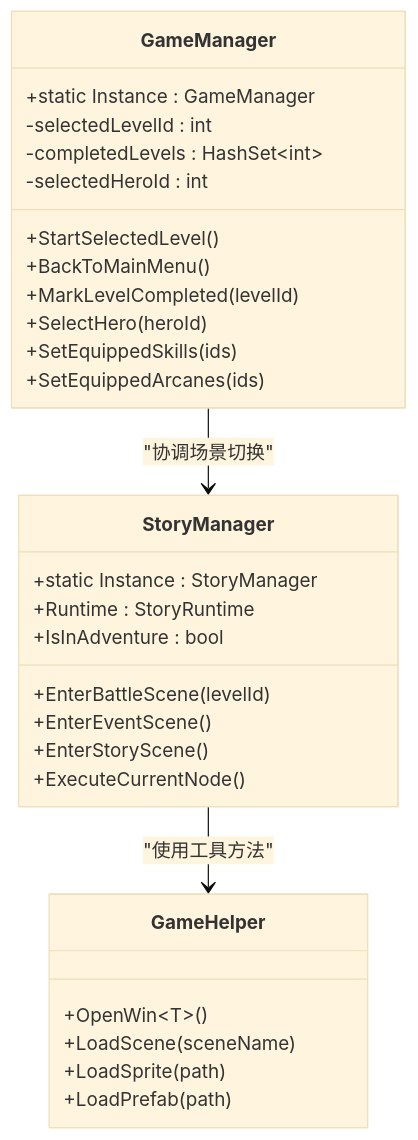
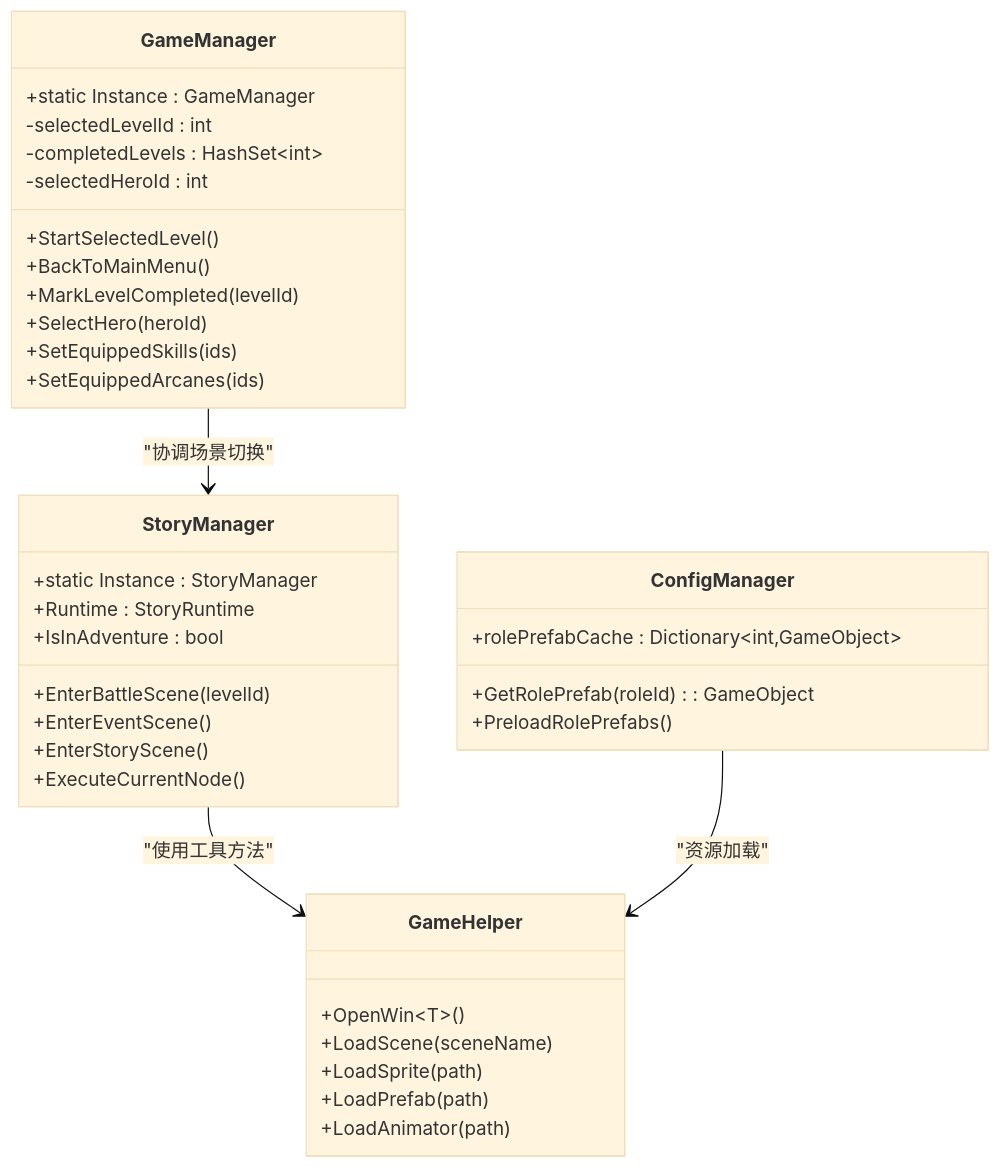
Before and after one commit to Tuusen/p1_client: the second of 10 diagrams in .qoder/repowiki/zh/content/资源管理系统/场景资源配置.md, drawn with Mermaid (base theme). The commit also changed other lines of this file and 5 other files, not shown here.

````diff
--- a/.qoder/repowiki/zh/content/资源管理系统/场景资源配置.md
+++ b/.qoder/repowiki/zh/content/资源管理系统/场景资源配置.md
@@ -145,32 +161,39 @@
 ```mermaid
 classDiagram
 class GameManager {
 +static Instance : GameManager
 -selectedLevelId : int
 -completedLevels : HashSet~int~
 -selectedHeroId : int
 +StartSelectedLevel()
 +BackToMainMenu()
 +MarkLevelCompleted(levelId)
 +SelectHero(heroId)
 +SetEquippedSkills(ids)
 +SetEquippedArcanes(ids)
 }
 class StoryManager {
 +static Instance : StoryManager
 +Runtime : StoryRuntime
 +IsInAdventure : bool
 +EnterBattleScene(levelId)
 +EnterEventScene()
 +EnterStoryScene()
 +ExecuteCurrentNode()
 }
 class GameHelper {
 +OpenWin~T~()
 +LoadScene(sceneName)
 +LoadSprite(path)
 +LoadPrefab(path)
++LoadAnimator(path)
+}
+class ConfigManager {
++rolePrefabCache : Dictionary~int,GameObject~
++GetRolePrefab(roleId) : GameObject
++PreloadRolePrefabs()
 }
 GameManager --> StoryManager : "协调场景切换"
 StoryManager --> GameHelper : "使用工具方法"
+ConfigManager --> GameHelper : "资源加载"
 ```
````
